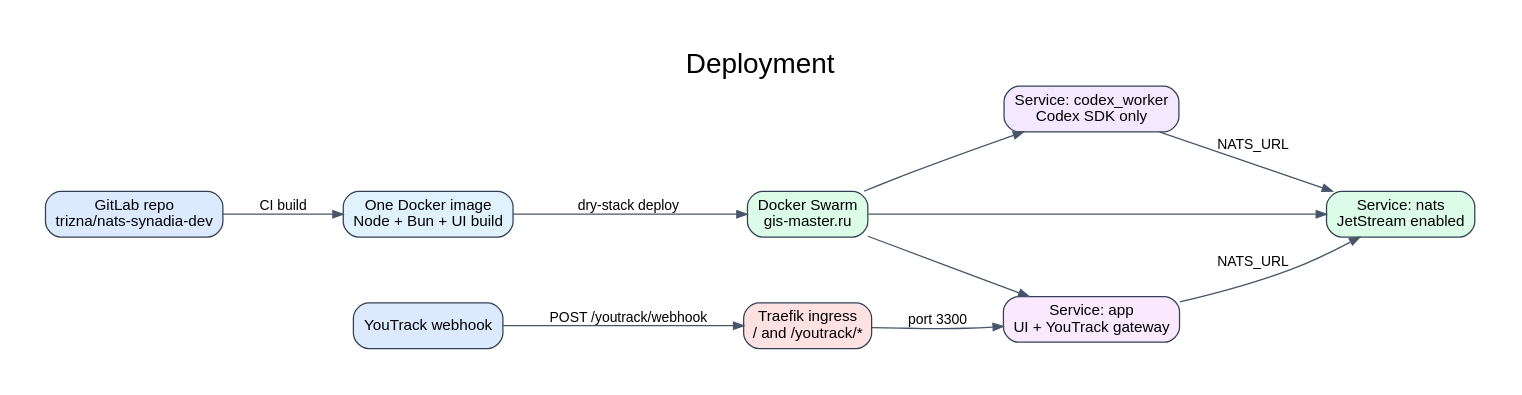
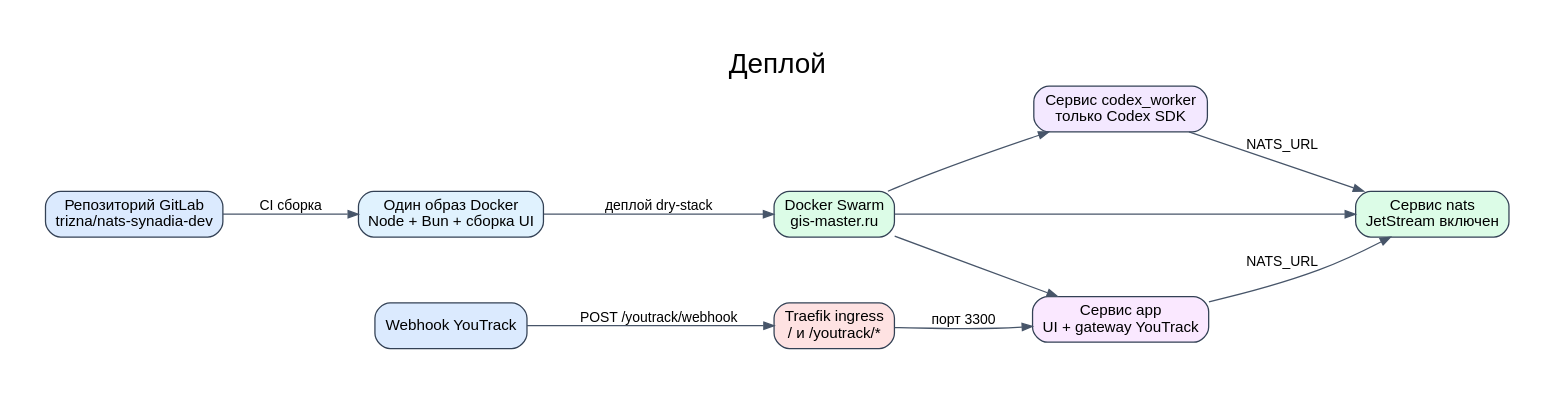
One commit to komaroffsergei/nats-synadia-dev changed the diagram in docs/diagrams/deployment.dot. Above: the diagram before and after it, drawn with Graphviz. The commit also changed 11 other files, not shown here.

First line of the commit message:
docs: clarify YouTrack Codex pipeline

```diff
--- a/docs/diagrams/deployment.dot
+++ b/docs/diagrams/deployment.dot
@@ -1,24 +1,24 @@
 digraph G {
-  graph [rankdir=LR, bgcolor="white", pad="0.4", nodesep="0.6", ranksep="0.8", fontname="Arial", label="Deployment", labelloc="t", fontsize=22];
+  graph [rankdir=LR, bgcolor="white", pad="0.4", nodesep="0.6", ranksep="0.8", fontname="Arial", label="Деплой", labelloc="t", fontsize=22];
   node [shape=box, style="rounded,filled", fontname="Arial", fontsize=12, color="#334155", fillcolor="#f8fafc"];
   edge [fontname="Arial", fontsize=11, color="#475569", arrowsize=0.8];
 
-  repo [label="GitLab repo\ntrizna/nats-synadia-dev", fillcolor="#dbeafe"];
-  image [label="One Docker image\nNode + Bun + UI build", fillcolor="#e0f2fe"];
+  repo [label="Репозиторий GitLab\ntrizna/nats-synadia-dev", fillcolor="#dbeafe"];
+  image [label="Один образ Docker\nNode + Bun + сборка UI", fillcolor="#e0f2fe"];
   swarm [label="Docker Swarm\ngis-master.ru", fillcolor="#dcfce7"];
-  nats [label="Service: nats\nJetStream enabled", fillcolor="#dcfce7"];
-  app [label="Service: app\nUI + YouTrack gateway", fillcolor="#fae8ff"];
-  worker [label="Service: codex_worker\nCodex SDK only", fillcolor="#f3e8ff"];
-  traefik [label="Traefik ingress\n/ and /youtrack/*", fillcolor="#fee2e2"];
-  youtrack [label="YouTrack webhook", fillcolor="#dbeafe"];
+  nats [label="Сервис nats\nJetStream включен", fillcolor="#dcfce7"];
+  app [label="Сервис app\nUI + gateway YouTrack", fillcolor="#fae8ff"];
+  worker [label="Сервис codex_worker\nтолько Codex SDK", fillcolor="#f3e8ff"];
+  traefik [label="Traefik ingress\n/ и /youtrack/*", fillcolor="#fee2e2"];
+  youtrack [label="Webhook YouTrack", fillcolor="#dbeafe"];
 
-  repo -> image [label="CI build"];
-  image -> swarm [label="dry-stack deploy"];
+  repo -> image [label="CI сборка"];
+  image -> swarm [label="деплой dry-stack"];
   swarm -> nats;
   swarm -> app;
   swarm -> worker;
   app -> nats [label="NATS_URL"];
   worker -> nats [label="NATS_URL"];
-  traefik -> app [label="port 3300"];
+  traefik -> app [label="порт 3300"];
   youtrack -> traefik [label="POST /youtrack/webhook"];
 }
```
